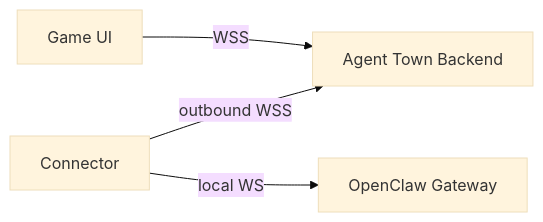
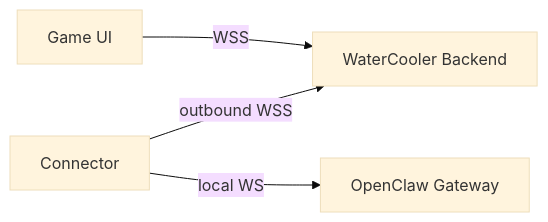
The diagram in README.md (sandboxerptest/WaterCooler), drawn with Mermaid (base theme) before and after one commit. The commit also changed other lines of this file and 27 other files, not shown here.

First line of the commit message:
feat: achievements, and rename Agent Town to WaterCooler

````diff
--- a/README.md
+++ b/README.md
@@ -130,11 +130,11 @@
 ```mermaid
 flowchart LR
     UI[Game UI]
-    Backend[Agent Town Backend]
+    Backend[WaterCooler Backend]
     Connector[Connector]
     GW[OpenClaw Gateway]
 
     UI -->|WSS| Backend
     Connector -->|outbound WSS| Backend
     Connector -->|local WS| GW
 ```
````
